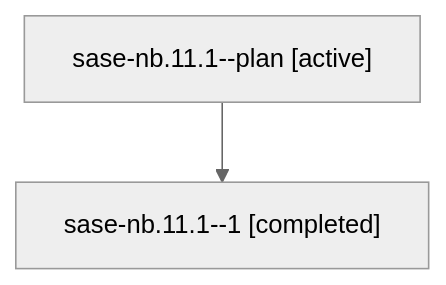
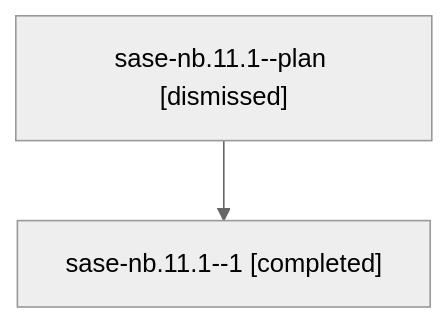
Before and after one commit to sase-org/sase--agents: the diagram in sessions/bbugyi200.athena.sase-nb.11.1.md, drawn with Mermaid (neutral theme). The commit also changed other lines of this file and 219 other files, not shown here.

````diff
--- a/sessions/bbugyi200.athena.sase-nb.11.1.md
+++ b/sessions/bbugyi200.athena.sase-nb.11.1.md
@@ -9,6 +9,6 @@
 ```mermaid
 flowchart TD
-  n0["sase-nb.11.1--plan [active]"]
+  n0["sase-nb.11.1--plan [dismissed]"]
   n1["sase-nb.11.1--1 [completed]"]
   n0 --> n1
 ```
````
